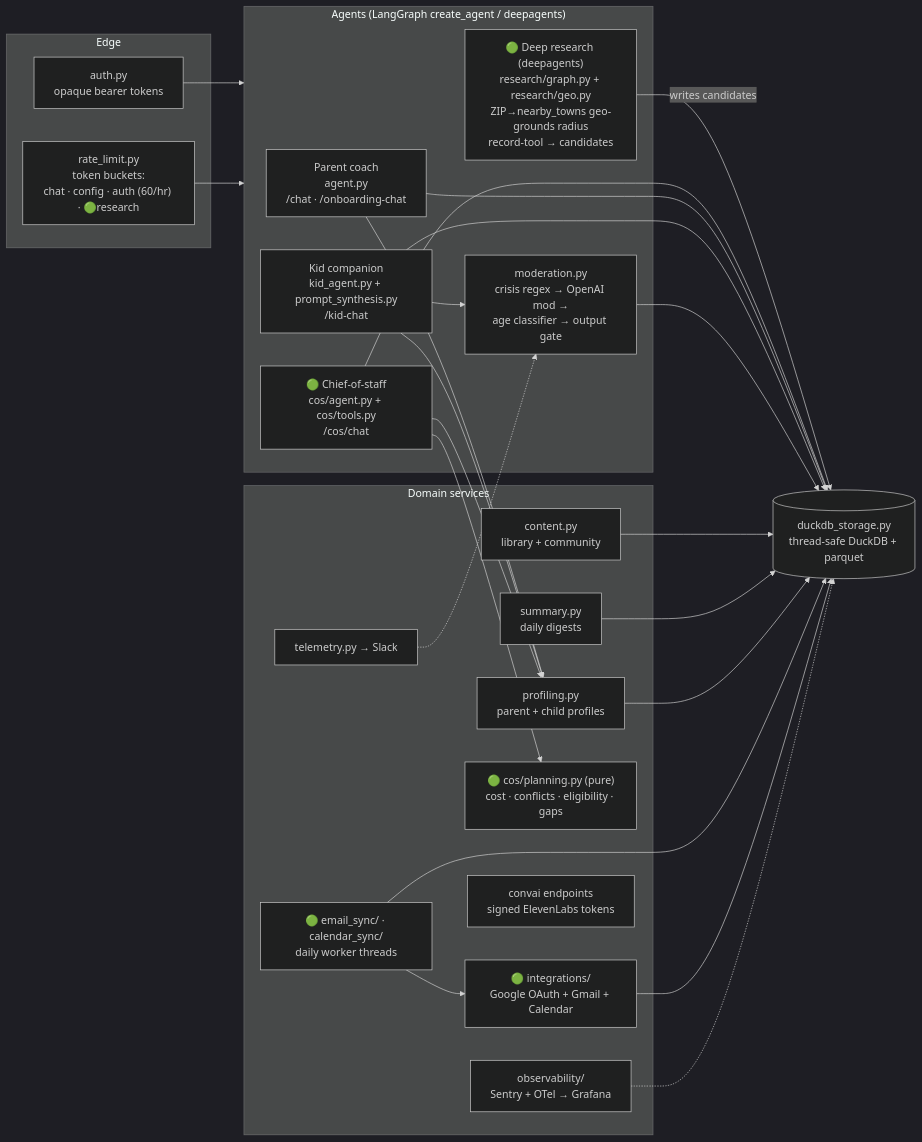
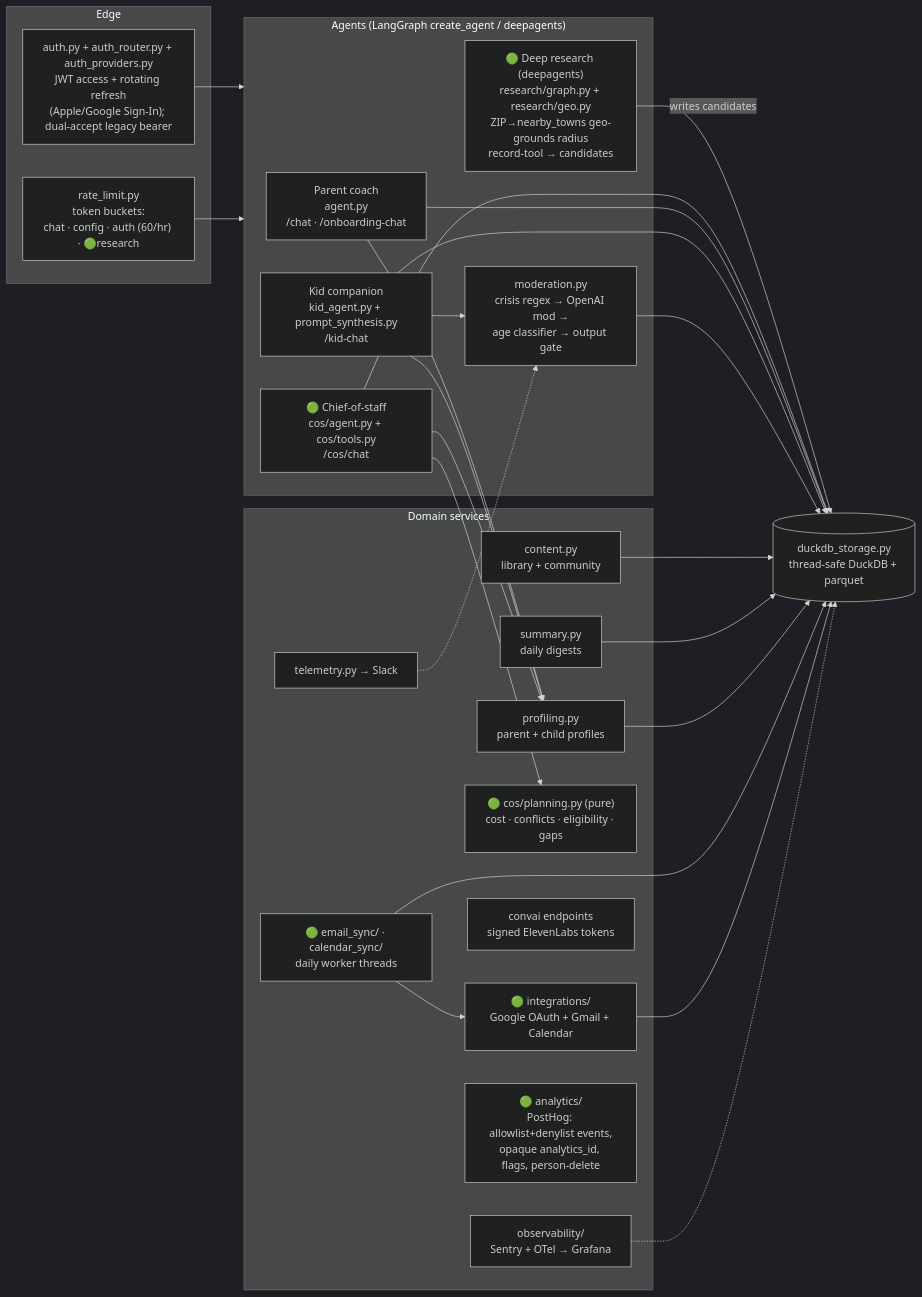
One commit to artesanobuilds/parent-app changed the second of 6 diagrams in docs/system-architecture.md. Above: the diagram before and after it, drawn with Mermaid (dark theme). The commit also changed other lines of this file and 8 other files, not shown here.

````diff
--- a/docs/system-architecture.md
+++ b/docs/system-architecture.md
@@ -64,50 +68,51 @@
 ```mermaid
 flowchart LR
     subgraph Edge["Edge"]
-        AUTH["auth.py<br/>opaque bearer tokens"]
+        AUTH["auth.py + auth_router.py + auth_providers.py<br/>JWT access + rotating refresh<br/>(Apple/Google Sign-In); dual-accept legacy bearer"]
         RL["rate_limit.py<br/>token buckets:<br/>chat · config · auth (60/hr) · 🟢research"]
     end
 
     subgraph Agents["Agents (LangGraph create_agent / deepagents)"]
         COACH["Parent coach<br/>agent.py<br/>/chat · /onboarding-chat"]
         KID["Kid companion<br/>kid_agent.py + prompt_synthesis.py<br/>/kid-chat"]
         MOD["moderation.py<br/>crisis regex → OpenAI mod →<br/>age classifier → output gate"]
         COS["🟢 Chief-of-staff<br/>cos/agent.py + cos/tools.py<br/>/cos/chat"]
         RESEARCH["🟢 Deep research (deepagents)<br/>research/graph.py + research/geo.py<br/>ZIP→nearby_towns geo-grounds radius<br/>record-tool → candidates"]
     end
 
     subgraph Services["Domain services"]
         PROF["profiling.py<br/>parent + child profiles"]
         CONTENT["content.py<br/>library + community"]
         SUMM["summary.py<br/>daily digests"]
         PLAN["🟢 cos/planning.py (pure)<br/>cost · conflicts · eligibility · gaps"]
         INTEG["🟢 integrations/<br/>Google OAuth + Gmail + Calendar"]
         SYNC["🟢 email_sync/ · calendar_sync/<br/>daily worker threads"]
         VOICE["convai endpoints<br/>signed ElevenLabs tokens"]
         OBS["observability/<br/>Sentry + OTel → Grafana"]
+        ANALYTICS["🟢 analytics/<br/>PostHog: allowlist+denylist events,<br/>opaque analytics_id, flags, person-delete"]
         TEL["telemetry.py → Slack"]
     end
 
     STORE[("duckdb_storage.py<br/>thread-safe DuckDB + parquet")]
 
     AUTH --> Agents
     RL --> Agents
     KID --> MOD
     COACH --> PROF
     KID --> PROF
     COS --> PLAN
     COS --> PROF
     RESEARCH -->|"writes candidates"| STORE
     COS --> STORE
     COACH --> STORE
     KID --> STORE
     MOD --> STORE
     CONTENT --> STORE
     SUMM --> STORE
     PROF --> STORE
     SYNC --> INTEG
     SYNC --> STORE
     INTEG --> STORE
     TEL -.-> MOD
     OBS -.-> STORE
 ```
````
